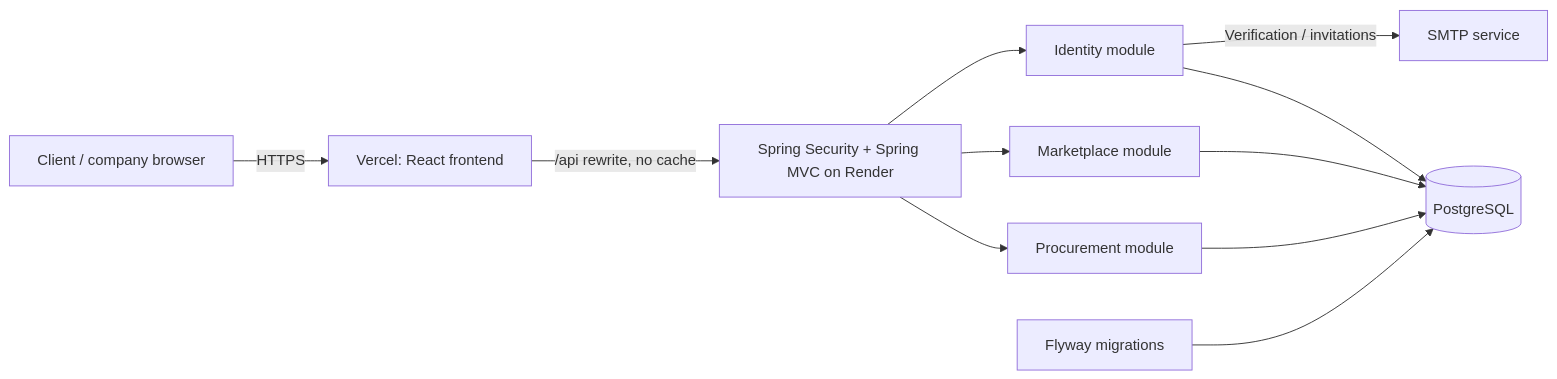
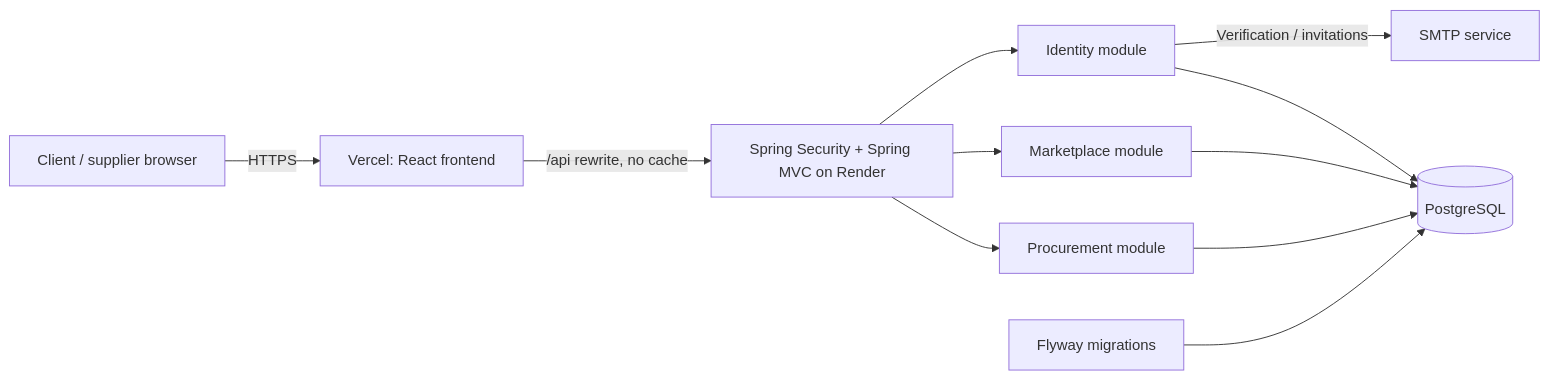
The diagram in docs/portfolio/README.md (anonymnd/procureflow-ai), drawn with Mermaid before and after one commit. The commit also changed other lines of this file and 3 other files, not shown here.

Commit message:
docs: align portfolio client and supplier terminology

````diff
--- a/docs/portfolio/README.md
+++ b/docs/portfolio/README.md
@@ -38,13 +38,13 @@
 ```mermaid
 flowchart LR
-  U[Client / company browser] -->|HTTPS| V[Vercel: React frontend]
+  U[Client / supplier browser] -->|HTTPS| V[Vercel: React frontend]
   V -->|/api rewrite, no cache| S[Spring Security + Spring MVC on Render]
   S --> I[Identity module]
   S --> M[Marketplace module]
   S --> P[Procurement module]
   I --> DB[(PostgreSQL)]
   M --> DB
   P --> DB
   I -->|Verification / invitations| E[SMTP service]
   F[Flyway migrations] --> DB
 ```
````
